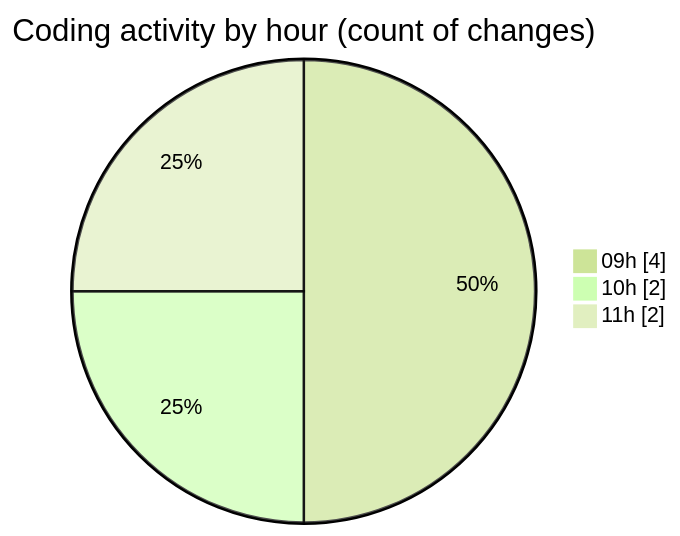
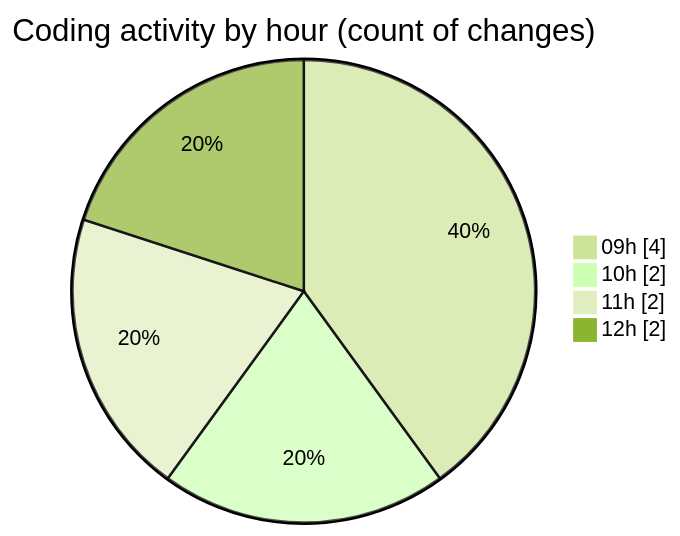
Before and after one commit to trdunsworth/code-tracking: the second of 2 diagrams in 2025-04-22/synth_911data_gen/README.md, drawn with Mermaid (forest theme). The commit also changed other lines of this file and 1 other file, not shown here.

````diff
--- a/2025-04-22/synth_911data_gen/README.md
+++ b/2025-04-22/synth_911data_gen/README.md
@@ -30,7 +30,8 @@
 ```mermaid
 pie showData
 title Coding activity by hour (count of changes)
 "09h" : 4
 "10h" : 2
 "11h" : 2
+"12h" : 2
 ```
````
